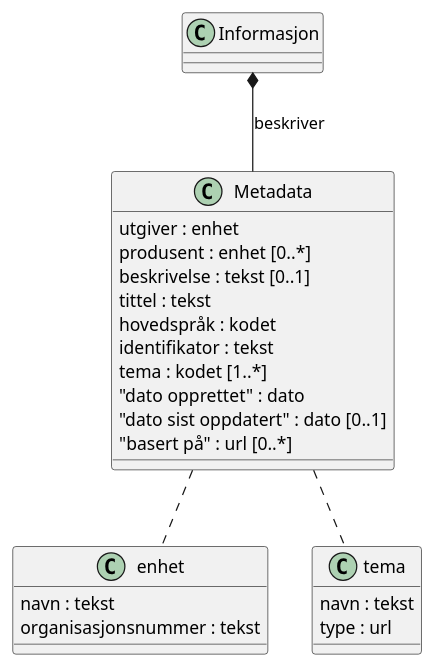
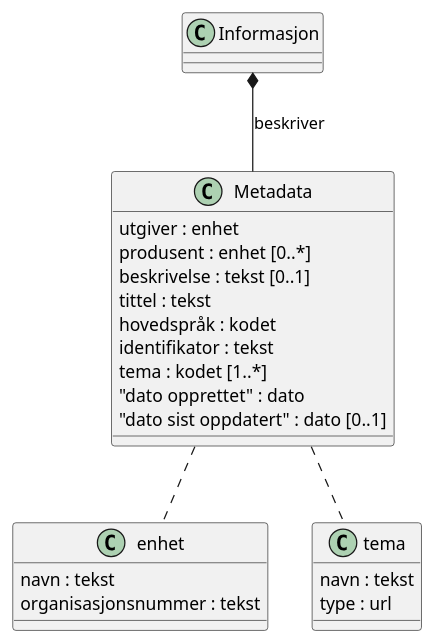
One commit to rockphotog/hida changed the diagram in diagrams/klassesiagram.plantuml. Above: the diagram before and after it, drawn with PlantUML. The commit also changed 2 other files, not shown here.

Commit message:
Fjernet "basert på" + tekstlig opprydding

```diff
--- a/diagrams/klassesiagram.plantuml
+++ b/diagrams/klassesiagram.plantuml
@@ -1,31 +1,30 @@
 @startuml
 
 class Informasjon
 class Metadata {
 utgiver : enhet
 produsent : enhet [0..*]
 beskrivelse : tekst [0..1]
 tittel : tekst
 hovedspråk : kodet
 identifikator : tekst
 tema : kodet [1..*]
 "dato opprettet" : dato
 "dato sist oppdatert" : dato [0..1]
-"basert på" : url [0..*]
 }
 
 class enhet {
 navn : tekst
 organisasjonsnummer : tekst
 }
 
 class tema {
     navn : tekst
     type : url
 }
 
 Informasjon *-- Metadata : beskriver
 Metadata .. enhet
 Metadata .. tema
 
 @enduml
```
